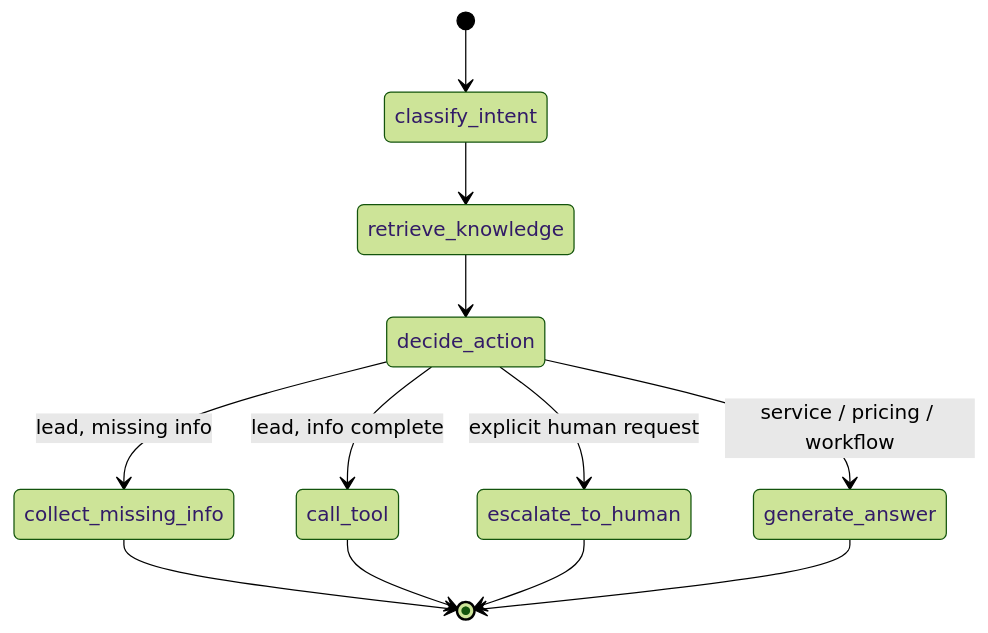
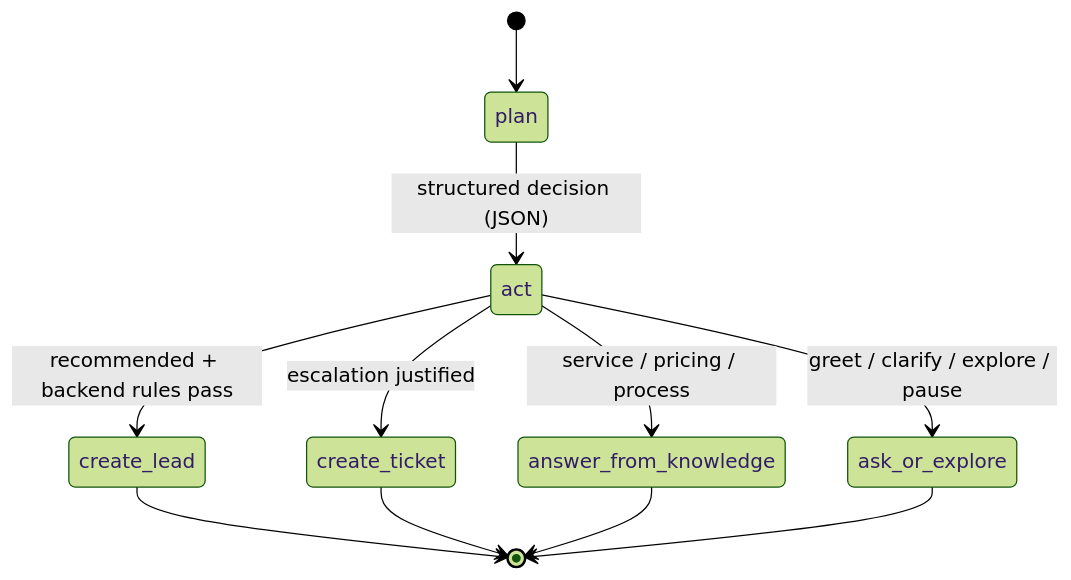
Before and after one commit to HullyMully/ai-marketing-agent-rag-langgraph: the second of 2 diagrams in README.md, drawn with Mermaid (forest theme). The commit also changed other lines of this file and 17 other files, not shown here.

````diff
--- a/README.md
+++ b/README.md
@@ -150,14 +160,13 @@
 ```mermaid
 stateDiagram-v2
-    [*] --> classify_intent
-    classify_intent --> retrieve_knowledge
-    retrieve_knowledge --> decide_action
-    decide_action --> escalate_to_human: explicit human request
-    decide_action --> collect_missing_info: lead, missing info
-    decide_action --> call_tool: lead, info complete
-    decide_action --> generate_answer: service / pricing / workflow
-    collect_missing_info --> [*]
-    call_tool --> [*]
-    escalate_to_human --> [*]
-    generate_answer --> [*]
+    [*] --> plan
+    plan --> act: structured decision (JSON)
+    act --> create_lead: recommended + backend rules pass
+    act --> create_ticket: escalation justified
+    act --> answer_from_knowledge: service / pricing / process
+    act --> ask_or_explore: greet / clarify / explore / pause
+    create_lead --> [*]
+    create_ticket --> [*]
+    answer_from_knowledge --> [*]
+    ask_or_explore --> [*]
 ```
````
